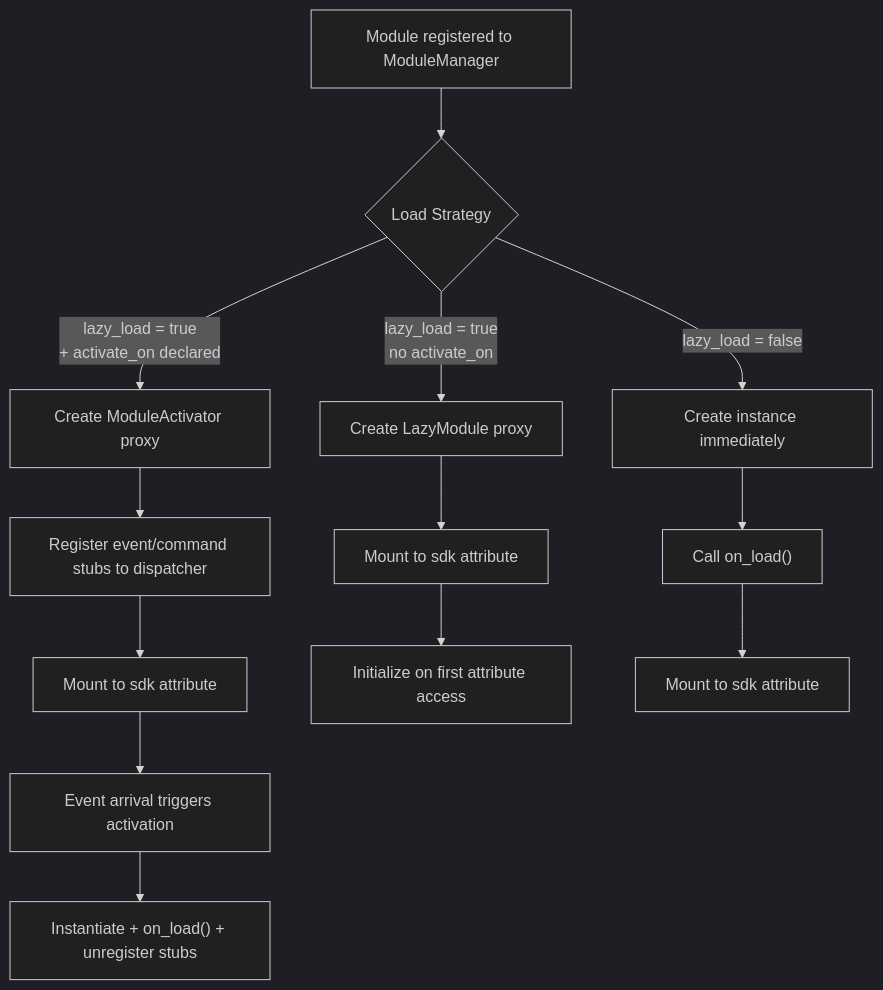
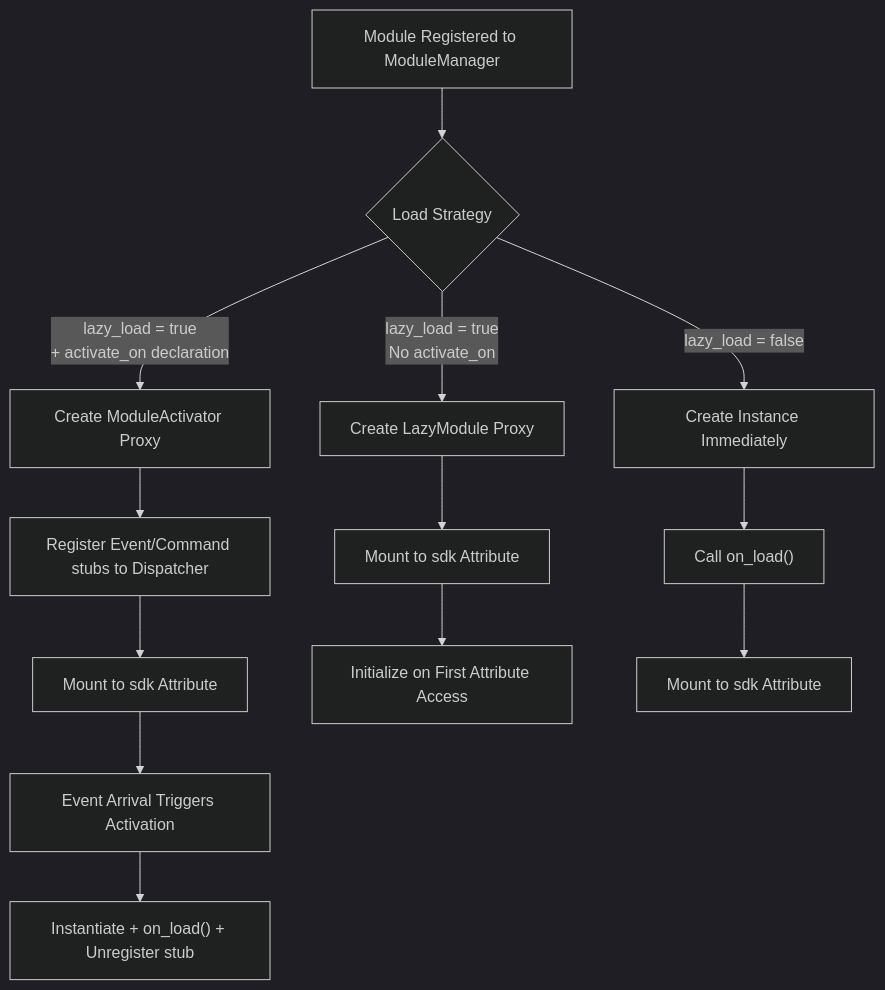
The sixth of 9 diagrams in docs/en/architecture.md (ErisPulse/ErisPulse), drawn with Mermaid (dark theme) before and after one commit. The commit also changed other lines of this file and 79 other files, not shown here.

````diff
--- a/docs/en/architecture.md
+++ b/docs/en/architecture.md
@@ -197,15 +197,15 @@
 ```mermaid
 flowchart TD
-    A["Module registered to ModuleManager"] --> B{"Load Strategy"}
-    B -->|"lazy_load = true<br/>+ activate_on declared"| C["Create ModuleActivator proxy"]
-    B -->|"lazy_load = true<br/>no activate_on"| D["Create LazyModule proxy"]
-    B -->|"lazy_load = false"| E["Create instance immediately"]
-    C --> F["Register event/command stubs to dispatcher"]
-    F --> G["Mount to sdk attribute"]
-    G --> H["Event arrival triggers activation"]
-    H --> I["Instantiate + on_load() + unregister stubs"]
-    D --> J["Mount to sdk attribute"]
-    J --> K["Initialize on first attribute access"]
+    A["Module Registered to ModuleManager"] --> B{"Load Strategy"}
+    B -->|"lazy_load = true<br/>+ activate_on declaration"| C["Create ModuleActivator Proxy"]
+    B -->|"lazy_load = true<br/>No activate_on"| D["Create LazyModule Proxy"]
+    B -->|"lazy_load = false"| E["Create Instance Immediately"]
+    C --> F["Register Event/Command stubs to Dispatcher"]
+    F --> G["Mount to sdk Attribute"]
+    G --> H["Event Arrival Triggers Activation"]
+    H --> I["Instantiate + on_load() + Unregister stub"]
+    D --> J["Mount to sdk Attribute"]
+    J --> K["Initialize on First Attribute Access"]
     E --> L["Call on_load()"]
-    L --> M["Mount to sdk attribute"]
+    L --> M["Mount to sdk Attribute"]
 ```
````
